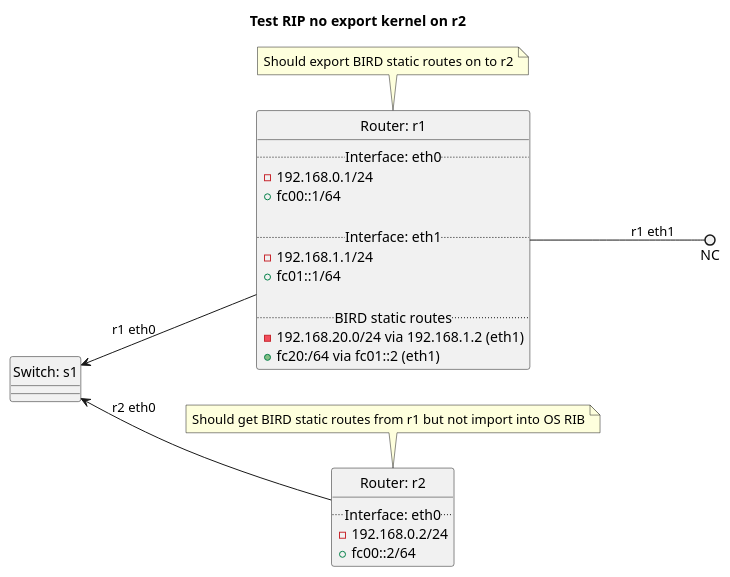
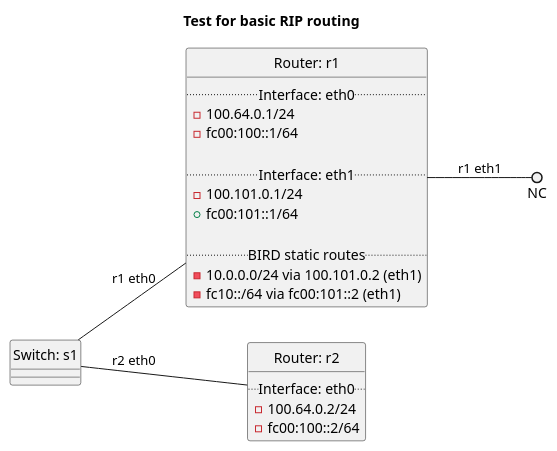
One commit to oscdev-io/birdplan changed the diagram in tests/20-rip/no_export_kernel/README.md. Above: the diagram before and after it, drawn with PlantUML. The commit also changed other lines of this file and 6 other files, not shown here.

Commit message:
tests/rip: Migrated RIP no_export_kernel test to new framework

````diff
--- a/tests/20-rip/no_export_kernel/README.md
+++ b/tests/20-rip/no_export_kernel/README.md
@@ -6,40 +11,39 @@
 ```plantuml
 @startuml
 hide circle
-title Test RIP no export kernel on r2
+title Test for basic RIP routing
 left to right direction
 
 
 class "Router: r1" {
   .. Interface: eth0 ..
-- 192.168.0.1/24
-+ fc00::1/64
+- 100.64.0.1/24
+- fc00:100::1/64
 
   .. Interface: eth1 ..
-- 192.168.1.1/24
-+ fc01::1/64
+- 100.101.0.1/24
++ fc00:101::1/64
 
   .. BIRD static routes ..
-- 192.168.20.0/24 via 192.168.1.2 (eth1)
-+ fc20:/64 via fc01::2 (eth1)
+- 10.0.0.0/24 via 100.101.0.2 (eth1)
+- fc10::/64 via fc00:101::2 (eth1)
 }
-note top: Should export BIRD static routes on to r2
 
 
 class "Router: r2" {
   .. Interface: eth0 ..
-- 192.168.0.2/24
-+ fc00::2/64
+- 100.64.0.2/24
+- fc00:100::2/64
 }
-note top: Should get BIRD static routes from r1 but not import into OS RIB
+
 
 
 class "Switch: s1" {}
 
 
-"Switch: s1" <-down- "Router: r1": r1 eth0
-"Switch: s1" <-down- "Router: r2": r2 eth0
+"Switch: s1" -- "Router: r1": r1 eth0
+"Switch: s1" -- "Router: r2": r2 eth0
 "Router: r1" --() NC: r1 eth1
 
 @enduml
 ```
````
